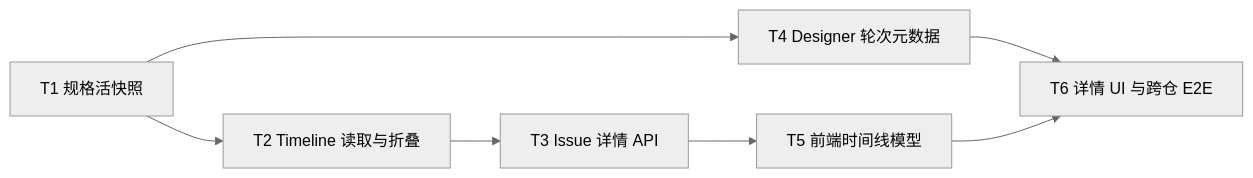
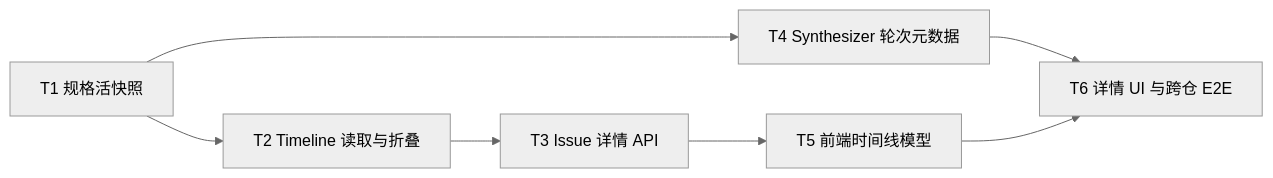
One commit to Curry09/AHE-Beta changed the diagram in docs/specs/0039-issue-state-timeline.md. Above: the diagram before and after it, drawn with Mermaid (neutral theme). The commit also changed other lines of this file and 248 other files, not shown here.

````diff
--- a/docs/specs/0039-issue-state-timeline.md
+++ b/docs/specs/0039-issue-state-timeline.md
@@ -292,15 +292,15 @@
 ```mermaid
 graph LR
   T1[T1 规格活快照]
   T2[T2 Timeline 读取与折叠]
   T3[T3 Issue 详情 API]
-  T4[T4 Designer 轮次元数据]
+  T4[T4 Synthesizer 轮次元数据]
   T5[T5 前端时间线模型]
   T6[T6 详情 UI 与跨仓 E2E]
   T1 --> T2
   T1 --> T4
   T2 --> T3
   T3 --> T5
   T4 --> T6
   T5 --> T6
 ```
````
